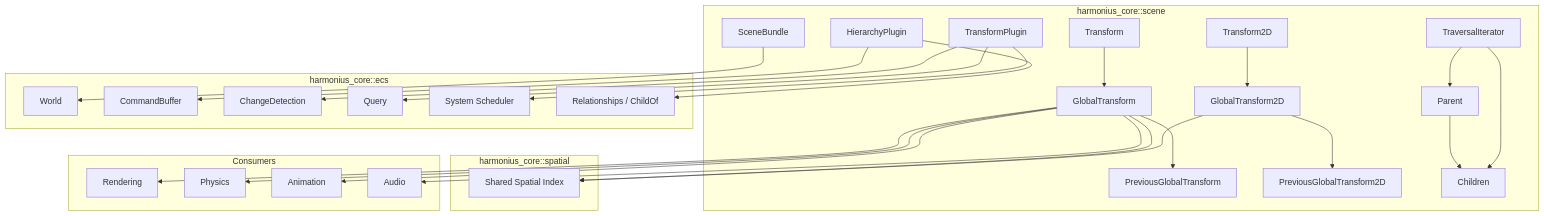
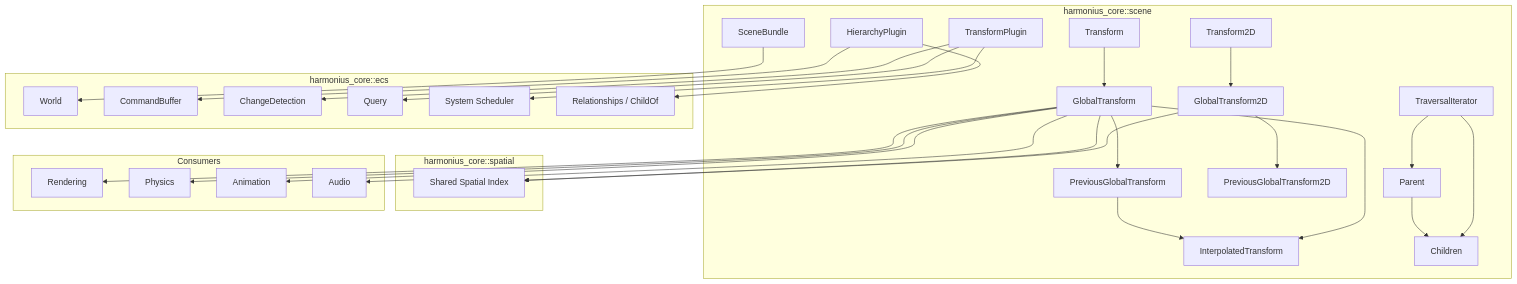
The first of 7 diagrams in docs/design/core-runtime/scene-transforms.md (harmonius-dev/harmonius), drawn with Mermaid before and after one commit. The commit also changed other lines of this file and 143 other files, not shown here.

````diff
--- a/docs/design/core-runtime/scene-transforms.md
+++ b/docs/design/core-runtime/scene-transforms.md
@@ -97,58 +97,61 @@
 ```mermaid
 graph TD
     subgraph "harmonius_core::scene"
         T[Transform]
         T2D[Transform2D]
         GT[GlobalTransform]
         GT2D[GlobalTransform2D]
         PGT[PreviousGlobalTransform]
         PGT2D[PreviousGlobalTransform2D]
+        IT[InterpolatedTransform]
         P[Parent]
         CH[Children]
         HP[HierarchyPlugin]
         TP[TransformPlugin]
         TI[TraversalIterator]
         SC[SceneBundle]
     end
 
     subgraph "harmonius_core::ecs"
         W[World]
         CB[CommandBuffer]
         CD[ChangeDetection]
         Q[Query]
         SYS[System Scheduler]
         REL[Relationships / ChildOf]
     end
 
     subgraph "harmonius_core::spatial"
         SI[Shared Spatial Index]
     end
 
     subgraph "Consumers"
         REN[Rendering]
         PHY[Physics]
         ANI[Animation]
         AUD[Audio]
     end
 
     T --> GT
     T2D --> GT2D
     GT --> PGT
     GT2D --> PGT2D
+    PGT --> IT
+    GT --> IT
     P --> CH
     HP --> REL
     HP --> CB
     TP --> CD
     TP --> Q
     TP --> SYS
     TI --> P
     TI --> CH
     SC --> W
 
     GT --> SI
     GT2D --> SI
     GT --> REN
     GT --> PHY
     GT --> ANI
     GT --> AUD
 ```
````
